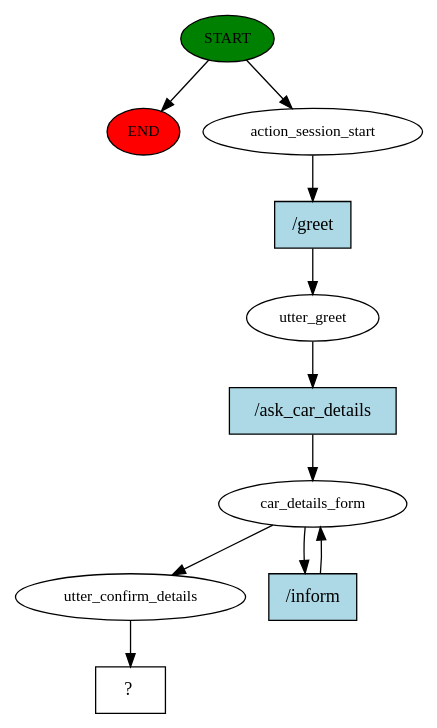
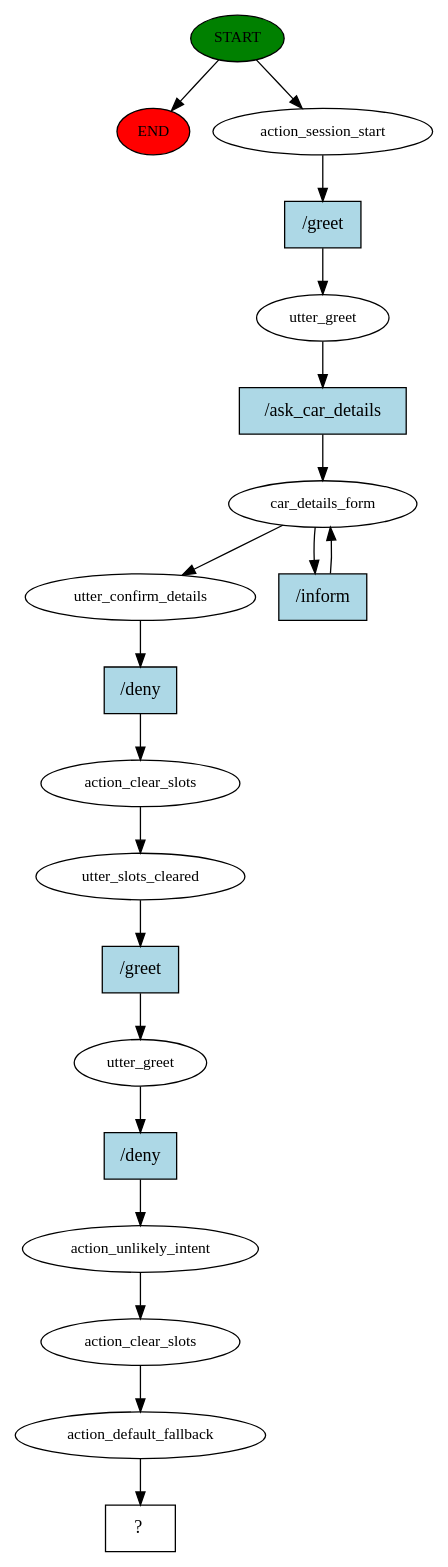
The diagram in story_graph.dot (anandmk123/Car_Chatbot), drawn with Graphviz before and after one commit. The commit also changed 437 other files, not shown here.

```diff
--- a/story_graph.dot
+++ b/story_graph.dot
@@ -1,22 +1,40 @@
 digraph  {
 0 [class="start active", fillcolor=green, fontsize=12, label=START, style=filled];
 "-1" [class=end, fillcolor=red, fontsize=12, label=END, style=filled];
 1 [class=active, fontsize=12, label=action_session_start];
 2 [class=active, fontsize=12, label=utter_greet];
 3 [class=active, fontsize=12, label=car_details_form];
 14 [class=active, fontsize=12, label=utter_confirm_details];
-15 [class="intent dashed active", label="  ?  ", shape=rect];
-16 [class="intent active", fillcolor=lightblue, label="/greet", shape=rect, style=filled];
-17 [class="intent active", fillcolor=lightblue, label="/ask_car_details", shape=rect, style=filled];
-18 [class="intent active", fillcolor=lightblue, label="/inform", shape=rect, style=filled];
+15 [class=active, fontsize=12, label=action_clear_slots];
+16 [class=active, fontsize=12, label=utter_slots_cleared];
+17 [class=active, fontsize=12, label=utter_greet];
+18 [class=active, fontsize=12, label=action_unlikely_intent];
+19 [class=active, fontsize=12, label=action_clear_slots];
+20 [class=active, fontsize=12, label=action_default_fallback];
+21 [class="intent dashed active", label="  ?  ", shape=rect];
+22 [class="intent active", fillcolor=lightblue, label="/greet", shape=rect, style=filled];
+23 [class="intent active", fillcolor=lightblue, label="/ask_car_details", shape=rect, style=filled];
+24 [class="intent active", fillcolor=lightblue, label="/inform", shape=rect, style=filled];
+25 [class="intent active", fillcolor=lightblue, label="/deny", shape=rect, style=filled];
+26 [class="intent active", fillcolor=lightblue, label="/greet", shape=rect, style=filled];
+27 [class="intent active", fillcolor=lightblue, label="/deny", shape=rect, style=filled];
 0 -> "-1"  [class="", key=NONE, label=""];
 0 -> 1  [class=active, key=NONE, label=""];
-1 -> 16  [class=active, key=0];
-2 -> 17  [class=active, key=0];
+1 -> 22  [class=active, key=0];
+2 -> 23  [class=active, key=0];
 3 -> 14  [class=active, key=NONE, label=""];
-3 -> 18  [class=active, key=0];
-14 -> 15  [class=active, key=NONE, label=""];
-16 -> 2  [class=active, key=0];
-17 -> 3  [class=active, key=0];
-18 -> 3  [class=active, key=0];
+3 -> 24  [class=active, key=0];
+14 -> 25  [class=active, key=0];
+15 -> 16  [class=active, key=NONE, label=""];
+16 -> 26  [class=active, key=0];
+17 -> 27  [class=active, key=0];
+18 -> 19  [class=active, key=NONE, label=""];
+19 -> 20  [class=active, key=NONE, label=""];
+20 -> 21  [class=active, key=NONE, label=""];
+22 -> 2  [class=active, key=0];
+23 -> 3  [class=active, key=0];
+24 -> 3  [class=active, key=0];
+25 -> 15  [class=active, key=0];
+26 -> 17  [class=active, key=0];
+27 -> 18  [class=active, key=0];
 }
```
